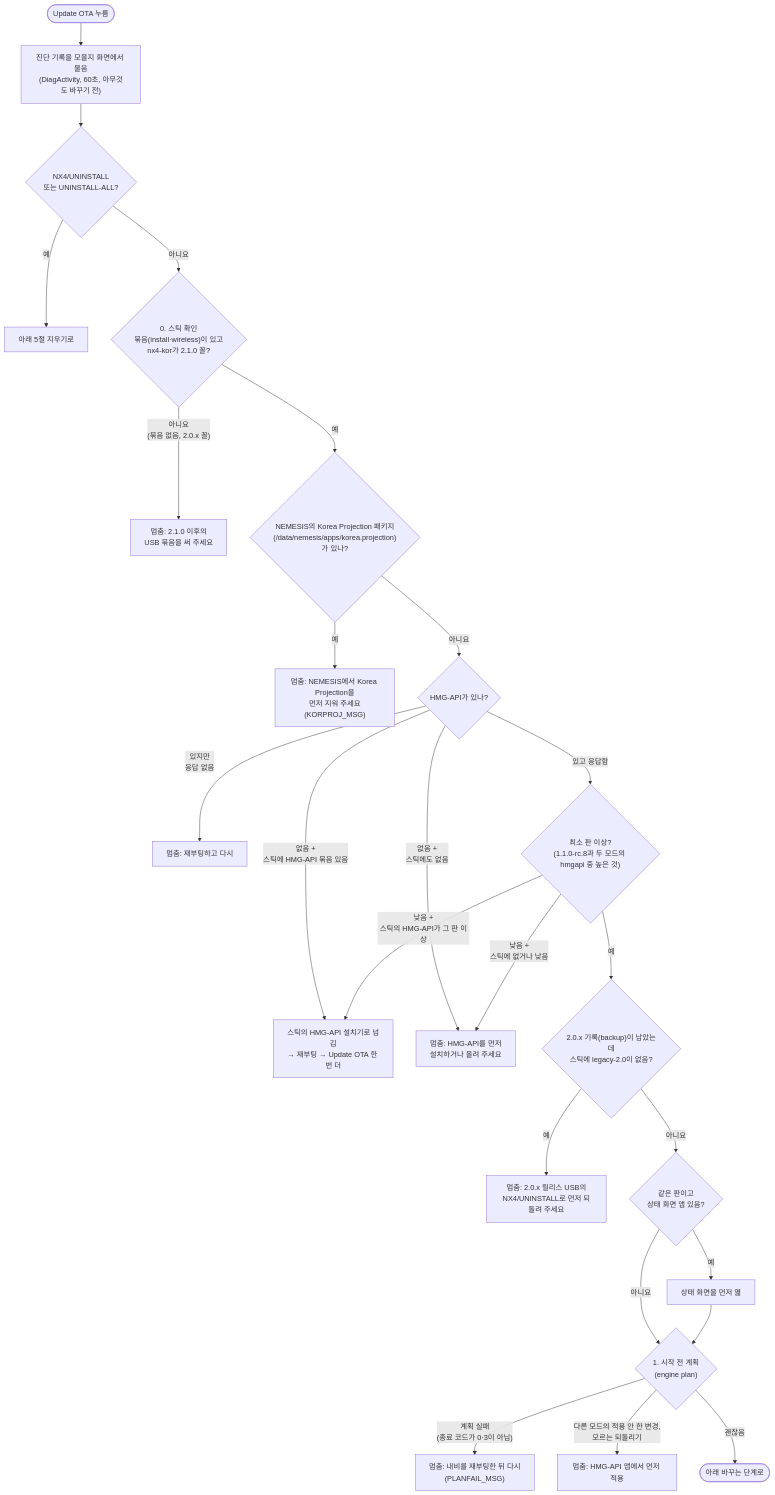
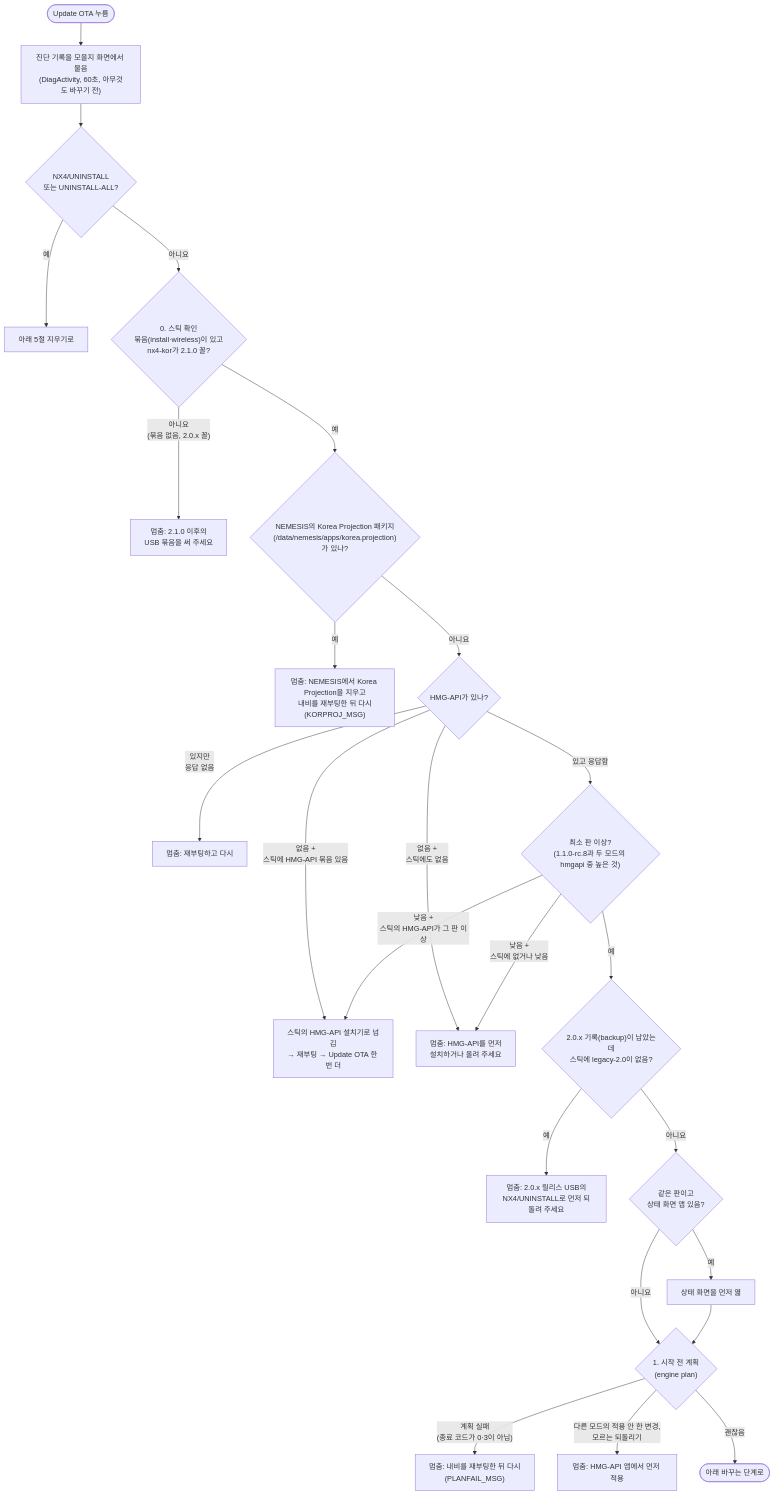
The second of 7 diagrams in docs/flow.md (jay-park-lab/hmgapi-nx4-kor), drawn with Mermaid before and after one commit. The commit also changed 8 other files, not shown here.

````diff
--- a/docs/flow.md
+++ b/docs/flow.md
@@ -52,26 +52,26 @@
 ```mermaid
 flowchart TD
   S(["Update OTA 누름"]) --> DIAG["진단 기록을 모을지 화면에서 물음<br/>(DiagActivity, 60초, 아무것도 바꾸기 전)"]
   DIAG --> UN{"NX4/UNINSTALL<br/>또는 UNINSTALL-ALL?"}
   UN -->|"예"| DEL["아래 5절 지우기로"]
   UN -->|"아니요"| S0{"0. 스틱 확인<br/>묶음(install·wireless)이 있고<br/>nx4-kor가 2.1.0 꼴?"}
   S0 -->|"아니요<br/>(묶음 없음, 2.0.x 꼴)"| STOP0["멈춤: 2.1.0 이후의<br/>USB 묶음을 써 주세요"]
   S0 -->|"예"| KPKG{"NEMESIS의 Korea Projection 패키지<br/>(/data/nemesis/apps/korea.projection)가 있나?"}
-  KPKG -->|"예"| STOPK["멈춤: NEMESIS에서 Korea Projection을<br/>먼저 지워 주세요(KORPROJ_MSG)"]
+  KPKG -->|"예"| STOPK["멈춤: NEMESIS에서 Korea Projection을 지우고<br/>내비를 재부팅한 뒤 다시(KORPROJ_MSG)"]
   KPKG -->|"아니요"| H{"HMG-API가 있나?"}
   H -->|"없음 +<br/>스틱에 HMG-API 묶음 있음"| HU["스틱의 HMG-API 설치기로 넘김<br/>→ 재부팅 → Update OTA 한 번 더"]
   H -->|"없음 +<br/>스틱에도 없음"| STOP1["멈춤: HMG-API를 먼저<br/>설치하거나 올려 주세요"]
   H -->|"있지만<br/>응답 없음"| STOP2["멈춤: 재부팅하고 다시"]
   H -->|"있고 응답함"| VER{"최소 판 이상?<br/>(1.1.0-rc.8과 두 모드의 hmgapi 중 높은 것)"}
   VER -->|"낮음 +<br/>스틱의 HMG-API가 그 판 이상"| HU
   VER -->|"낮음 +<br/>스틱에 없거나 낮음"| STOP1
   VER -->|"예"| BK{"2.0.x 기록(backup)이 남았는데<br/>스틱에 legacy-2.0이 없음?"}
   BK -->|"예"| STOP3["멈춤: 2.0.x 릴리스 USB의<br/>NX4/UNINSTALL로 먼저 되돌려 주세요"]
   BK -->|"아니요"| SAME{"같은 판이고<br/>상태 화면 앱 있음?"}
   SAME -->|"예"| OPEN0["상태 화면을 먼저 엶"]
   SAME -->|"아니요"| P1
   OPEN0 --> P1{"1. 시작 전 계획<br/>(engine plan)"}
   P1 -->|"계획 실패<br/>(종료 코드가 0·3이 아님)"| STOP4["멈춤: 내비를 재부팅한 뒤 다시<br/>(PLANFAIL_MSG)"]
   P1 -->|"다른 모드의 적용 안 한 변경,<br/>모르는 되돌리기"| STOP5["멈춤: HMG-API 앱에서 먼저 적용"]
   P1 -->|"괜찮음"| GO(["아래 바꾸는 단계로"])
 ```
````
